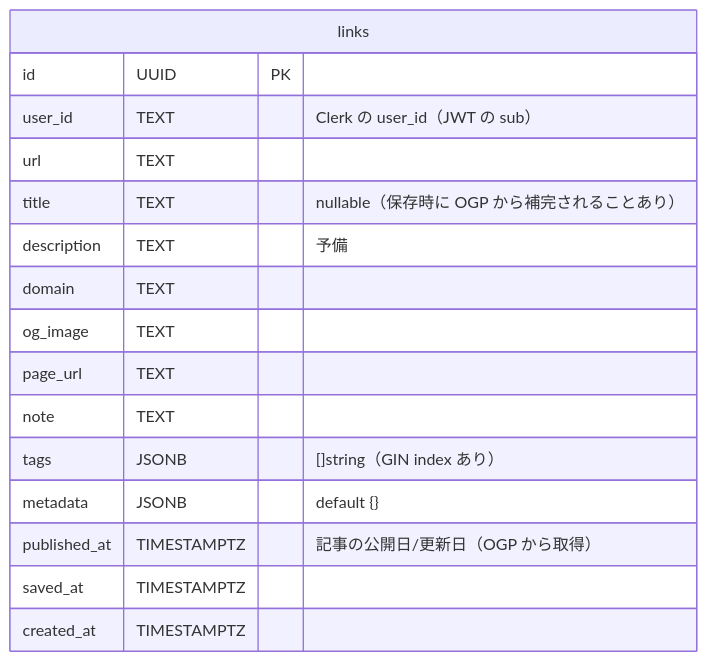
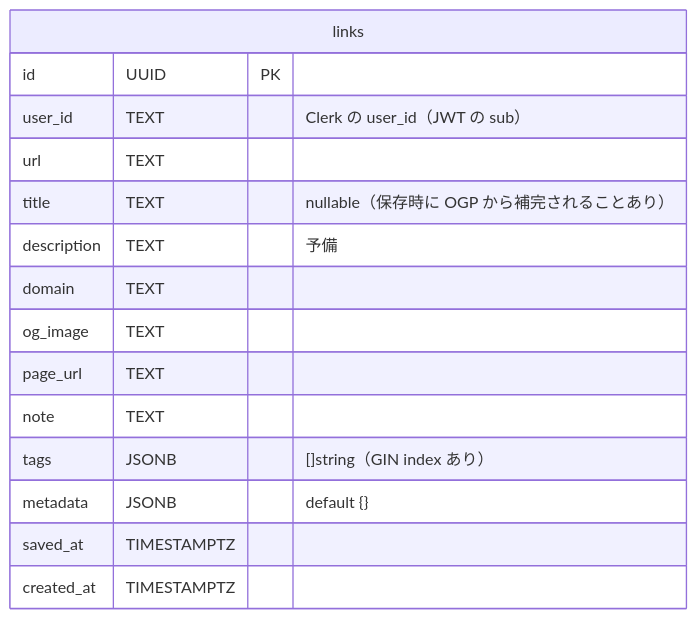
One commit to lvncer/clipgest changed the first of 7 diagrams in documents/architecture.md. Above: the diagram before and after it, drawn with Mermaid. The commit also changed other lines of this file and 22 other files, not shown here.

````diff
--- a/documents/architecture.md
+++ b/documents/architecture.md
@@ -75,19 +75,18 @@
   ```mermaid
   erDiagram
     links {
       id UUID PK
       user_id TEXT "Clerk の user_id（JWT の sub）"
       url TEXT
       title TEXT "nullable（保存時に OGP から補完されることあり）"
       description TEXT "予備"
       domain TEXT
       og_image TEXT
       page_url TEXT
       note TEXT
       tags JSONB "[]string（GIN index あり）"
       metadata JSONB "default {}"
-      published_at TIMESTAMPTZ "記事の公開日/更新日（OGP から取得）"
       saved_at TIMESTAMPTZ
       created_at TIMESTAMPTZ
     }
   ```
````
